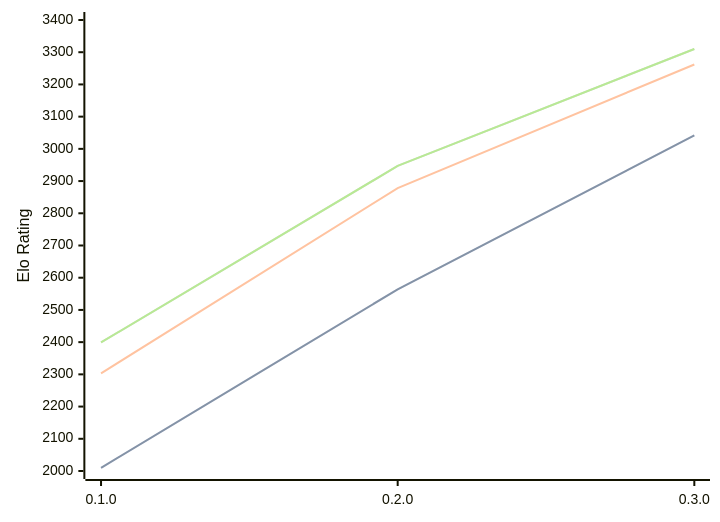
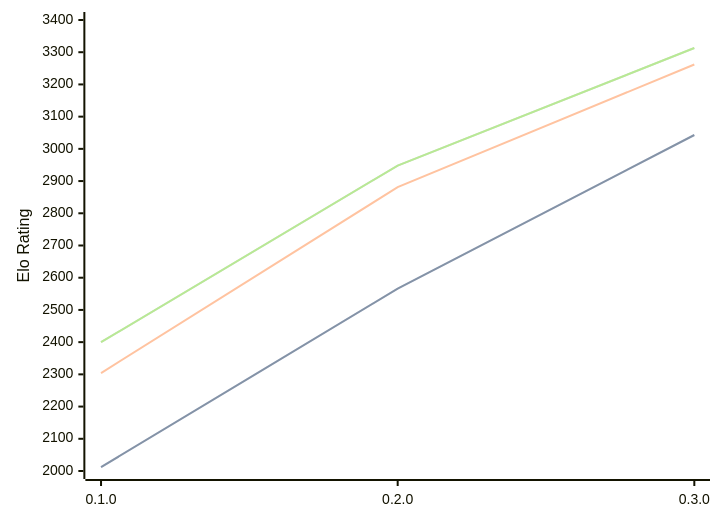
Before and after one commit to computer-chess-index/cci: the diagram in engines/Justbot.md, drawn with Mermaid. The commit also changed other lines of this file, not shown here.

Commit message:
Update CCI Ratings (ELO VLTC) - 2026-08-09

````diff
--- a/engines/Justbot.md
+++ b/engines/Justbot.md
@@ -33,11 +33,11 @@
 ```mermaid
 %%{init: {"theme":"base","themeVariables":{"seriesColors:['#a3a3a3','#222221','#faa371']}}}%%
 xychart-beta
   x-axis ["0.1.0", "0.2.0", "0.3.0"]
   y-axis "Elo Rating" 2000 --> 3400
-  line "STC (8.0+0.08s)" [2010, 2564, 3042]
-  line "STC (8.0+0.08s)" [2010, 2564, 3042]
-  line "LTC (60.0+0.60s)" [2303, 2878, 3262]
-  line "VLTC (2m24s+1.12s)" [2399, 2947, 3310]
-  line "VLTC (2m24s+1.12s)" [2399, 2947, 3310]
+  line "STC (8.0+0.08s)" [2012, 2566, 3043]
+  line "STC (8.0+0.08s)" [2012, 2566, 3043]
+  line "LTC (60.0+0.60s)" [2304, 2881, 3262]
+  line "VLTC (2m24s+1.12s)" [2400, 2948, 3313]
+  line "VLTC (2m24s+1.12s)" [2400, 2948, 3313]
 ```
````
